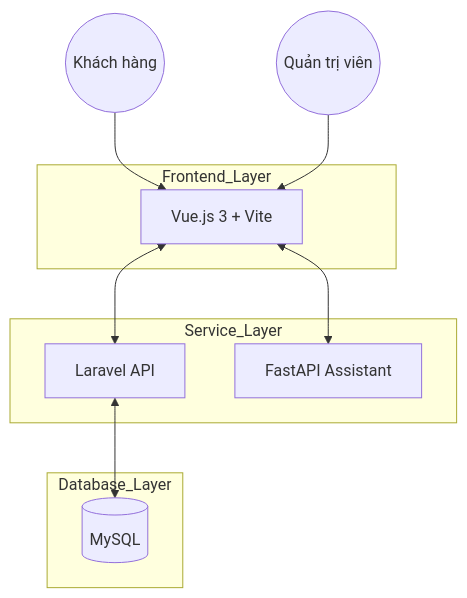
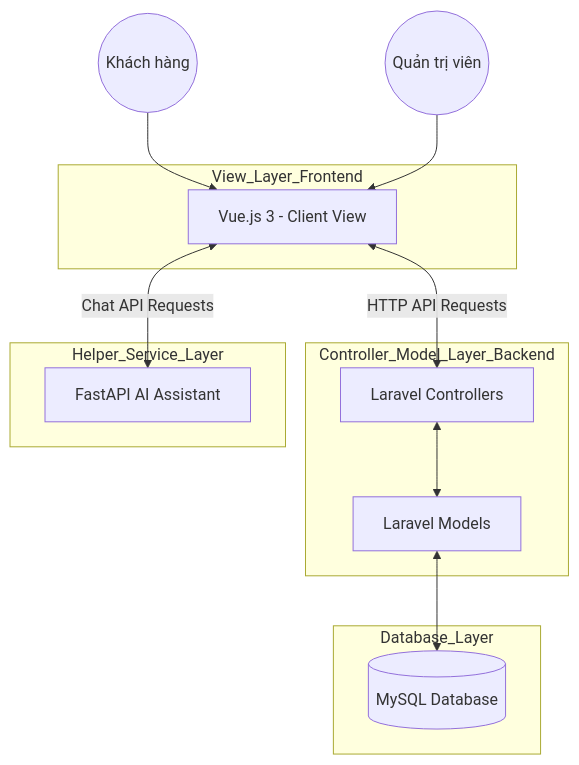
The diagram in README.md (HungNguyen3205/Car_Rental_Website), drawn with Mermaid before and after one commit. The commit also changed other lines of this file and 10 other files, not shown here.

````diff
--- a/README.md
+++ b/README.md
@@ -53,24 +58,29 @@
 ```mermaid
 graph TD
     User((Khách hàng))
     Admin((Quản trị viên))
     
-    subgraph Frontend_Layer
-        FE[Vue.js 3 + Vite]
+    subgraph View_Layer_Frontend
+        FE[Vue.js 3 - Client View]
     end
     
-    subgraph Service_Layer
-        BE[Laravel API]
-        AI[FastAPI Assistant]
+    subgraph Controller_Model_Layer_Backend
+        BE_Ctrl[Laravel Controllers]
+        BE_Model[Laravel Models]
+    end
+    
+    subgraph Helper_Service_Layer
+        AI[FastAPI AI Assistant]
     end
     
     subgraph Database_Layer
-        DB[(MySQL)]
+        DB[(MySQL Database)]
     end
     
     User --> FE
     Admin --> FE
-    FE <--> BE
-    FE <--> AI
-    BE <--> DB
+    FE <-->|HTTP API Requests| BE_Ctrl
+    FE <-->|Chat API Requests| AI
+    BE_Ctrl <--> BE_Model
+    BE_Model <--> DB
 ```
````
